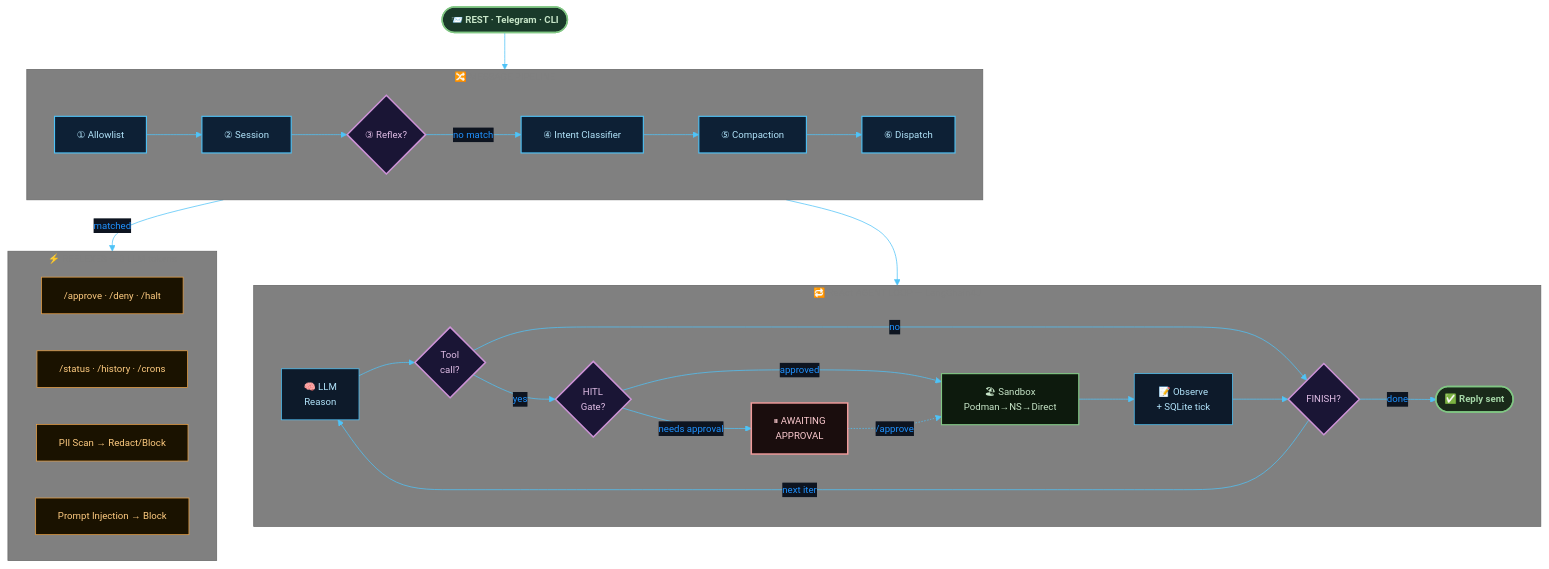
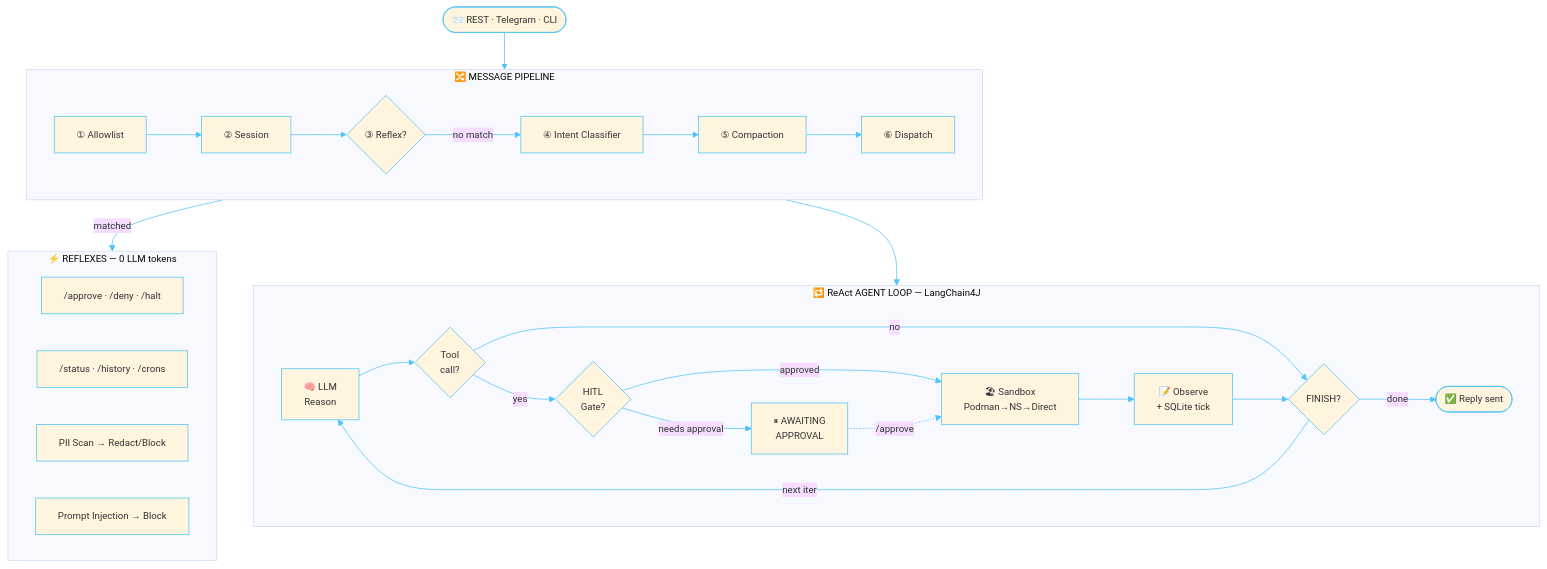
Before and after one commit to rsrini7/AmshaAgent: the first of 8 diagrams in README.md, drawn with Mermaid. The commit also changed other lines of this file, not shown here.

Commit message:
docs: simplify mermaid diagram theme variable definitions

````diff
--- a/README.md
+++ b/README.md
@@ -68,60 +68,52 @@
 ```mermaid
-%%{init: {'theme': 'base', 'themeVariables': {'background': '#09a420', 'mainBkg': '#09a420', 'primaryColor': '#1e3a5f', 'primaryTextColor': '#2092ff', 'primaryBorderColor': '#4fc3f7', 'lineColor': '#4fc3f7', 'secondaryColor': '#122030', 'tertiaryColor': '#808080', 'activationBorderColor': '#4fc3f7', 'activationBkgColor': '#1e3a5f', 'actorBkg': '#1e3a5f', 'actorBorder': '#4fc3f7', 'actorTextColor': '#e0ecff', 'actorLineColor': '#4fc3f7', 'signalColor': '#e8a045', 'signalTextColor': '#e8a045', 'labelBoxBkgColor': '#09a420', 'labelBoxBorderColor': '#0b0c0cff', 'labelTextColor': '#e0ecff', 'loopTextColor': '#e0ecff', 'noteBkgColor': '#1a2a0d', 'noteBorderColor': '#81c784', 'noteTextColor': '#c8e6c9', 'edgeLabelBackground': '#0d1420', 'fontSize': '13px'}}}%%
+%%{init: {'theme': 'base', 'themeVariables': {'primaryBorderColor': '#4fc3f7', 'lineColor': '#4fc3f7', 'activationBorderColor': '#4fc3f7', 'actorBorder': '#4fc3f7', 'actorLineColor': '#4fc3f7','labelBoxBorderColor': '#0b0c0cff', 'noteBorderColor': '#81c784', 'fontSize': '13px'}}}%%
 flowchart TD
-    classDef entry fill:#1a3a2a,stroke:#81c784,stroke-width:2px,color:#c8e6c9,font-weight:bold
-    classDef handler fill:#0d2035,stroke:#4fc3f7,stroke-width:1.5px,color:#b3e5fc
-    classDef reflexOut fill:#1a1200,stroke:#e8a045,stroke-width:1px,color:#ffcc80
-    classDef decision fill:#1a1535,stroke:#ce93d8,stroke-width:2px,color:#e1bee7
-    classDef loop fill:#0d1a2a,stroke:#4fc3f7,stroke-width:1px,color:#b3e5fc
-    classDef approval fill:#1a0d0d,stroke:#ef9a9a,stroke-width:2px,color:#ffcdd2
-    classDef sandbox fill:#0d1a0d,stroke:#81c784,stroke-width:1.5px,color:#c8e6c9
-    classDef result fill:#1a2a1a,stroke:#81c784,stroke-width:2px,color:#a5d6a7,font-weight:bold
 
     IN(["📨 REST · Telegram · CLI"]):::entry
 
     subgraph PIPELINE["🔀 MESSAGE PIPELINE"]
         direction LR
         P1["① Allowlist"]:::handler
         P2["② Session"]:::handler
         P3{"③ Reflex?"}:::decision
         P4["④ Intent Classifier"]:::handler
         P5["⑤ Compaction"]:::handler
         P6["⑥ Dispatch"]:::handler
     end
 
     subgraph REFLEXES["⚡ REFLEXES — 0 LLM tokens"]
         direction LR
         R1["/approve · /deny · /halt"]:::reflexOut
         R2["/status · /history · /crons"]:::reflexOut
         R3["PII Scan → Redact/Block"]:::reflexOut
         R4["Prompt Injection → Block"]:::reflexOut
     end
 
     subgraph REACT["🔁 ReAct AGENT LOOP — LangChain4J"]
         direction LR
         L1["🧠 LLM<br/>Reason"]:::loop
         L2{"Tool<br/>call?"}:::decision
         L3{"HITL<br/>Gate?"}:::decision
         L4["⏸ AWAITING<br/>APPROVAL"]:::approval
         L5["🏖 Sandbox<br/>Podman→NS→Direct"]:::sandbox
         L6["📝 Observe<br/>+ SQLite tick"]:::loop
         L7{"FINISH?"}:::decision
         L8(["✅ Reply sent"]):::result
     end
 
     IN --> PIPELINE
     P1 --> P2 --> P3
     P3 -->|"matched"| REFLEXES
     P3 -->|"no match"| P4 --> P5 --> P6
 
     P6 --> REACT
     L1 --> L2
     L2 -->|"no"| L7
     L2 -->|"yes"| L3
     L3 -->|"approved"| L5
     L3 -->|"needs approval"| L4
     L4 -.->|"/approve"| L5
     L5 --> L6 --> L7
     L7 -->|"next iter"| L1
     L7 -->|"done"| L8
 ```
````
